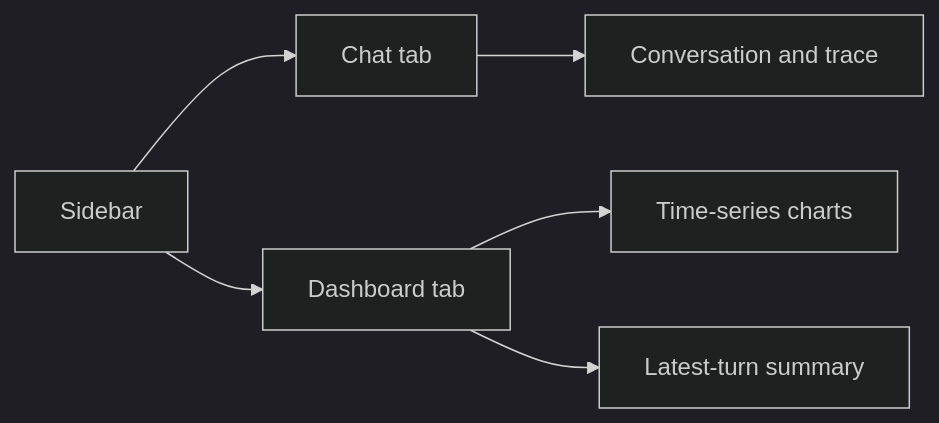
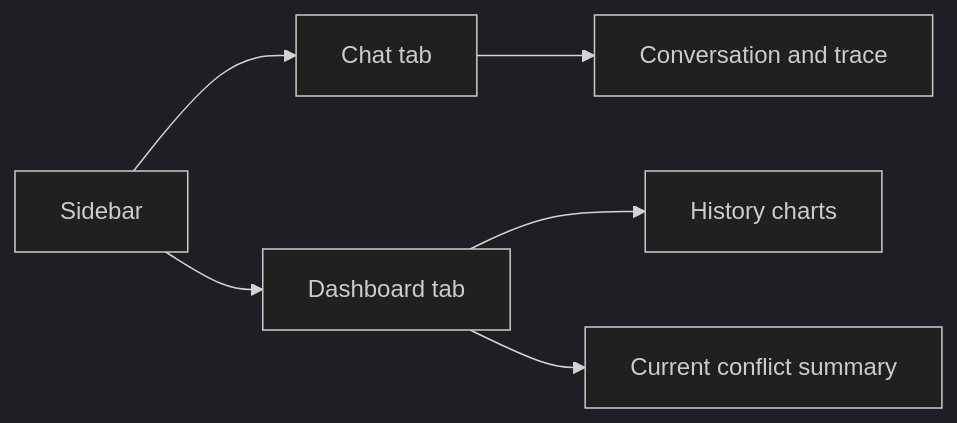
One commit to yatarousan0227/SplitMind-AI changed the first of 2 diagrams in guides/streamlit-ui.en.md. Above: the diagram before and after it, drawn with Mermaid (dark theme). The commit also changed other lines of this file and 100 other files, not shown here.

````diff
--- a/guides/streamlit-ui.en.md
+++ b/guides/streamlit-ui.en.md
@@ -5,8 +5,8 @@
 ```mermaid
 flowchart LR
     A["Sidebar"] --> B["Chat tab"]
     A --> C["Dashboard tab"]
     B --> D["Conversation and trace"]
-    C --> E["Time-series charts"]
-    C --> F["Latest-turn summary"]
+    C --> E["History charts"]
+    C --> F["Current conflict summary"]
 ```
````
